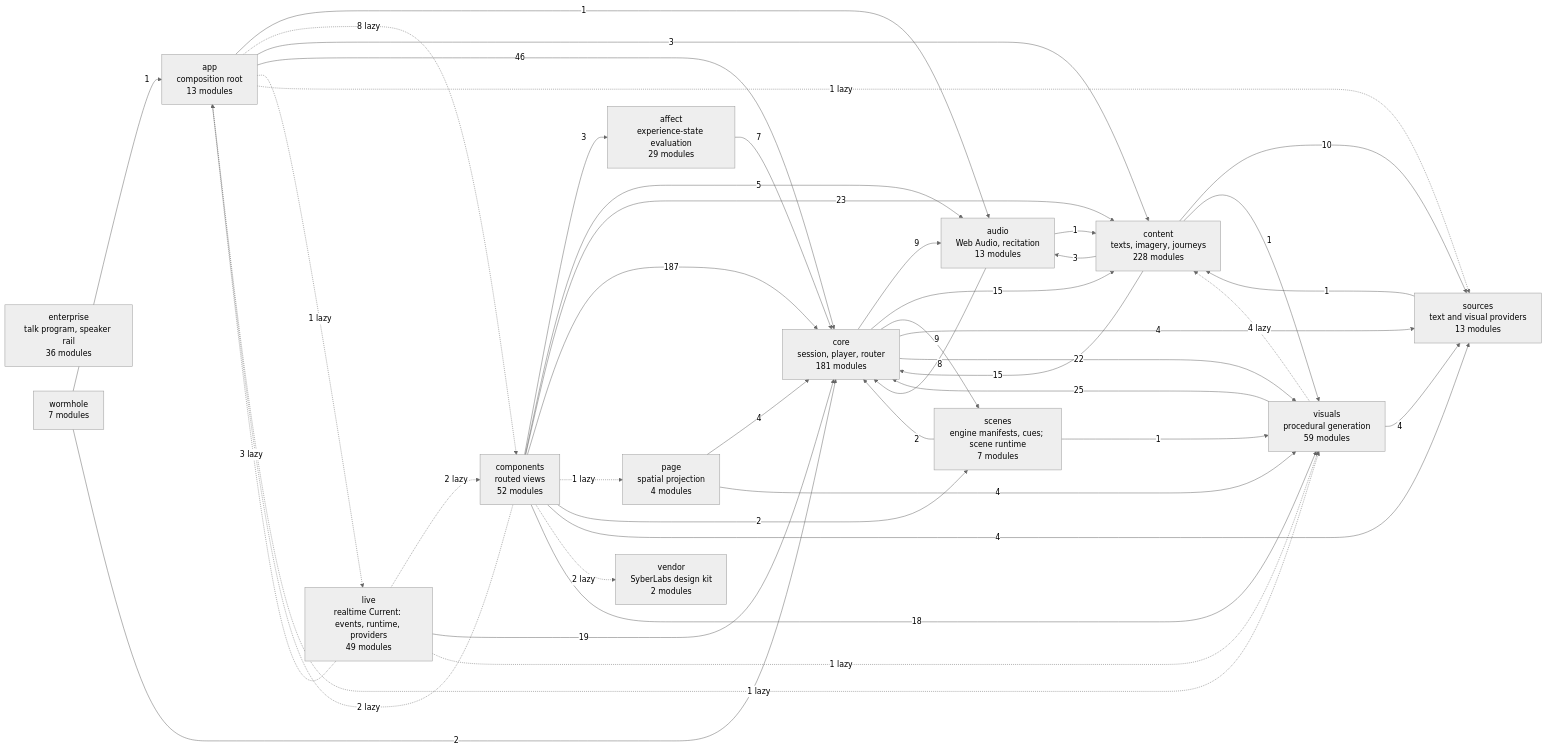
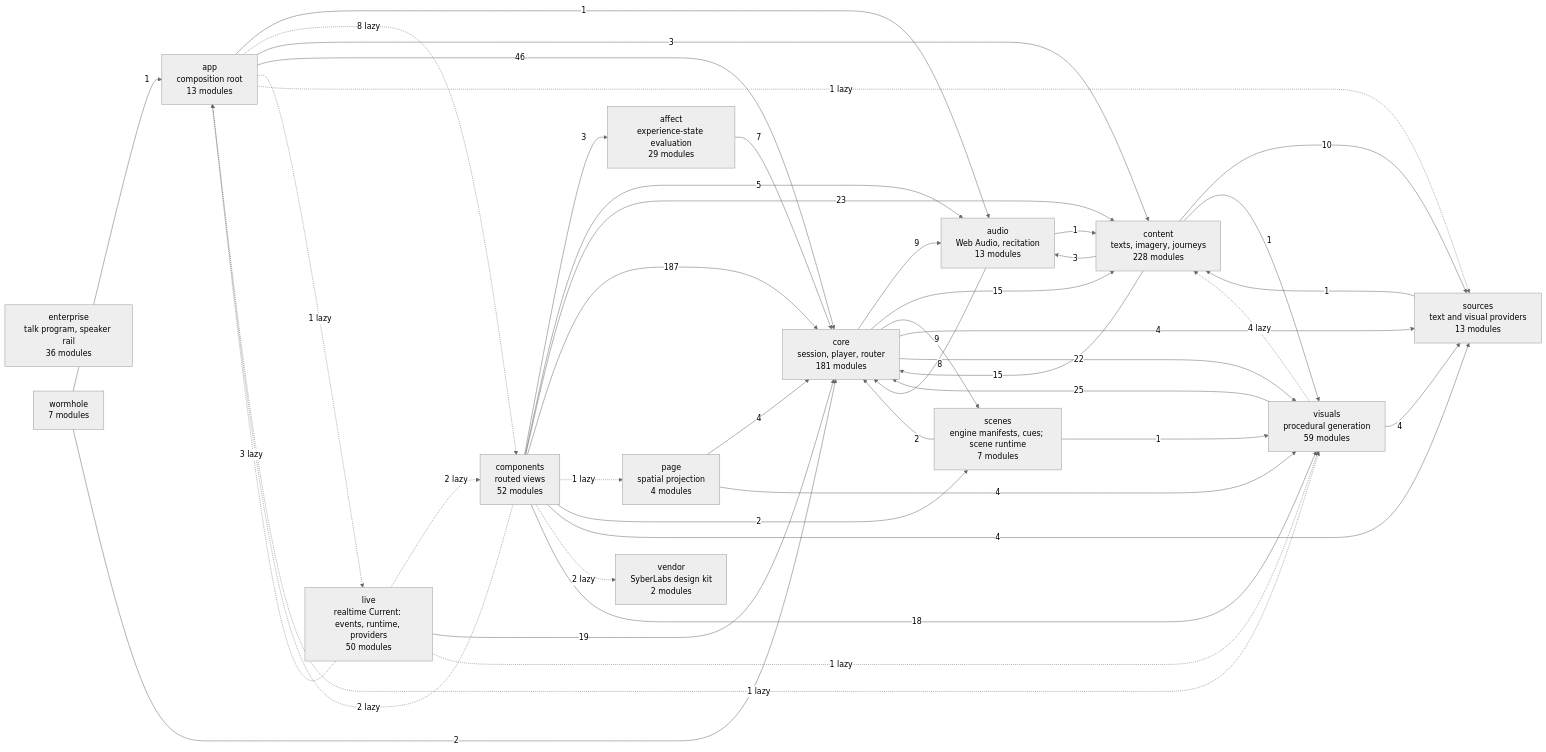
The diagram in docs/specs/ARCHITECTURE.md (SyberLabs/RISE), drawn with Mermaid (neutral theme) before and after one commit.

Commit message:
The diagram counts the field fixture

````diff
--- a/docs/specs/ARCHITECTURE.md
+++ b/docs/specs/ARCHITECTURE.md
@@ -154,61 +154,61 @@
 ```mermaid
 flowchart LR
     affect["affect<br/>experience-state evaluation<br/>29 modules"]
     app["app<br/>composition root<br/>13 modules"]
     audio["audio<br/>Web Audio, recitation<br/>13 modules"]
     components["components<br/>routed views<br/>52 modules"]
     content["content<br/>texts, imagery, journeys<br/>228 modules"]
     core["core<br/>session, player, router<br/>181 modules"]
     enterprise["enterprise<br/>talk program, speaker rail<br/>36 modules"]
-    live["live<br/>realtime Current: events, runtime, providers<br/>49 modules"]
+    live["live<br/>realtime Current: events, runtime, providers<br/>50 modules"]
     page["page<br/>spatial projection<br/>4 modules"]
     scenes["scenes<br/>engine manifests, cues; scene runtime<br/>7 modules"]
     sources["sources<br/>text and visual providers<br/>13 modules"]
     vendor["vendor<br/>SyberLabs design kit<br/>2 modules"]
     visuals["visuals<br/>procedural generation<br/>59 modules"]
     wormhole["wormhole<br/>7 modules"]
 
     affect --> |7| core
     app --> |1| audio
     app -.-> |8 lazy| components
     app --> |3| content
     app --> |46| core
     app -.-> |1 lazy| live
     app -.-> |1 lazy| sources
     app -.-> |1 lazy| visuals
     audio --> |1| content
     audio --> |8| core
     components --> |3| affect
     components -.-> |2 lazy| app
     components --> |5| audio
     components --> |23| content
     components --> |187| core
     components -.-> |1 lazy| page
     components --> |2| scenes
     components --> |4| sources
     components -.-> |2 lazy| vendor
     components --> |18| visuals
     content --> |3| audio
     content --> |15| core
     content --> |10| sources
     content --> |1| visuals
     core --> |9| audio
     core --> |15| content
     core --> |9| scenes
     core --> |4| sources
     core --> |22| visuals
     live -.-> |3 lazy| app
     live -.-> |2 lazy| components
     live --> |19| core
     live -.-> |1 lazy| visuals
     page --> |4| core
     page --> |4| visuals
     scenes --> |2| core
     scenes --> |1| visuals
     sources --> |1| content
     visuals -.-> |4 lazy| content
     visuals --> |25| core
     visuals --> |4| sources
     wormhole --> |1| app
     wormhole --> |2| core
 ```
````
